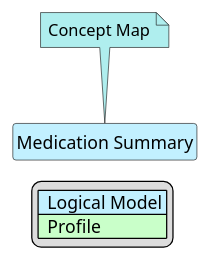
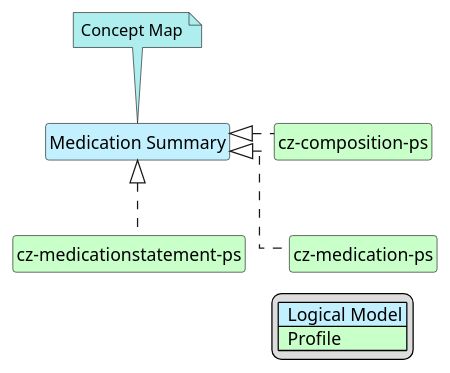
Before and after one commit to HL7-cz/ps: the diagram in input/images-source/PS_MedicationSummary-map.plantuml, drawn with PlantUML. The commit also changed 1 other file, not shown here.

Commit message:
update medicationSummary and socialHistory maps

```diff
--- a/input/images-source/PS_MedicationSummary-map.plantuml
+++ b/input/images-source/PS_MedicationSummary-map.plantuml
@@ -1,27 +1,33 @@
 @startuml PS_MedicationSummary-map
 hide circle
 hide stereotype
 hide members
 hide methods
 skinparam linetype ortho
 skinparam class {
 BackgroundColor<<LogicalModel>> #APPLICATION
 BackgroundColor<<Profile>> #TECHNOLOGY
 }
 legend right
 | <#APPLICATION>  Logical Model |
 | <#TECHNOLOGY>  Profile |
 endlegend
-class "Medication Summary" <<LogicalModel>> [[StructureDefinition-LogMedicationSummaryCz.html]]
+class "Medication Summary" <<LogicalModel>> [[StructureDefinition-LogMedicationSummaryCzEn.html]]
 note top #PaleTurquoise [[ConceptMap-medicationSummary2FHIR-cz-ps.html]]
 Concept Map
 endnote
 ' --- Profiles mapping Alerts ---
-
+class "cz-composition-ps" <<Profile>> [[StructureDefinition-cz-composition-ps.html]]
+class "cz-medicationstatement-ps" <<Profile>> [[StructureDefinition-cz-medicationstatement-ps.html]]
+class "cz-medication-ps" <<Profile>> [[StructureDefinition-cz-medication-ps.html]]
 
 ' --- Realization links ---
-
+"Medication Summary" <|. "cz-composition-ps"
+"Medication Summary" <|. "cz-medicationstatement-ps"
+"Medication Summary" <|. "cz-medication-ps"
 
 ' ' (volitelné – skryté vazby jen pro rozložení v diagramu)
-
+"Medication Summary" -d[hidden]-> "cz-composition-ps"
+"cz-composition-ps" -d[hidden]-> "cz-medicationstatement-ps"
+"cz-composition-ps" -d[hidden]-> "cz-medication-ps"
 @enduml
```
